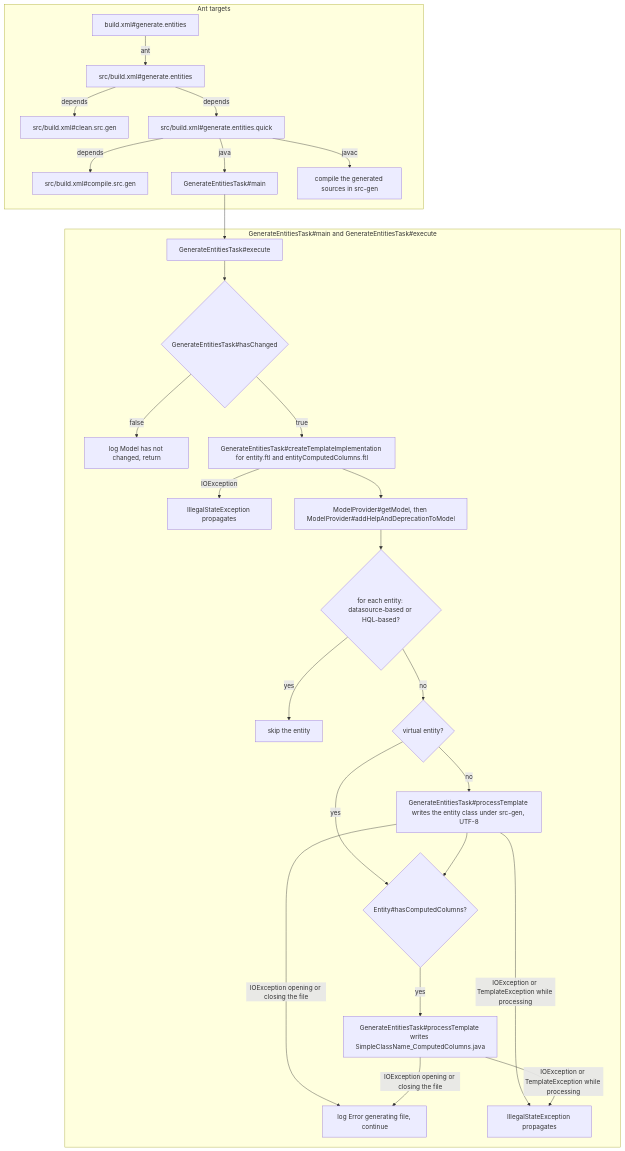
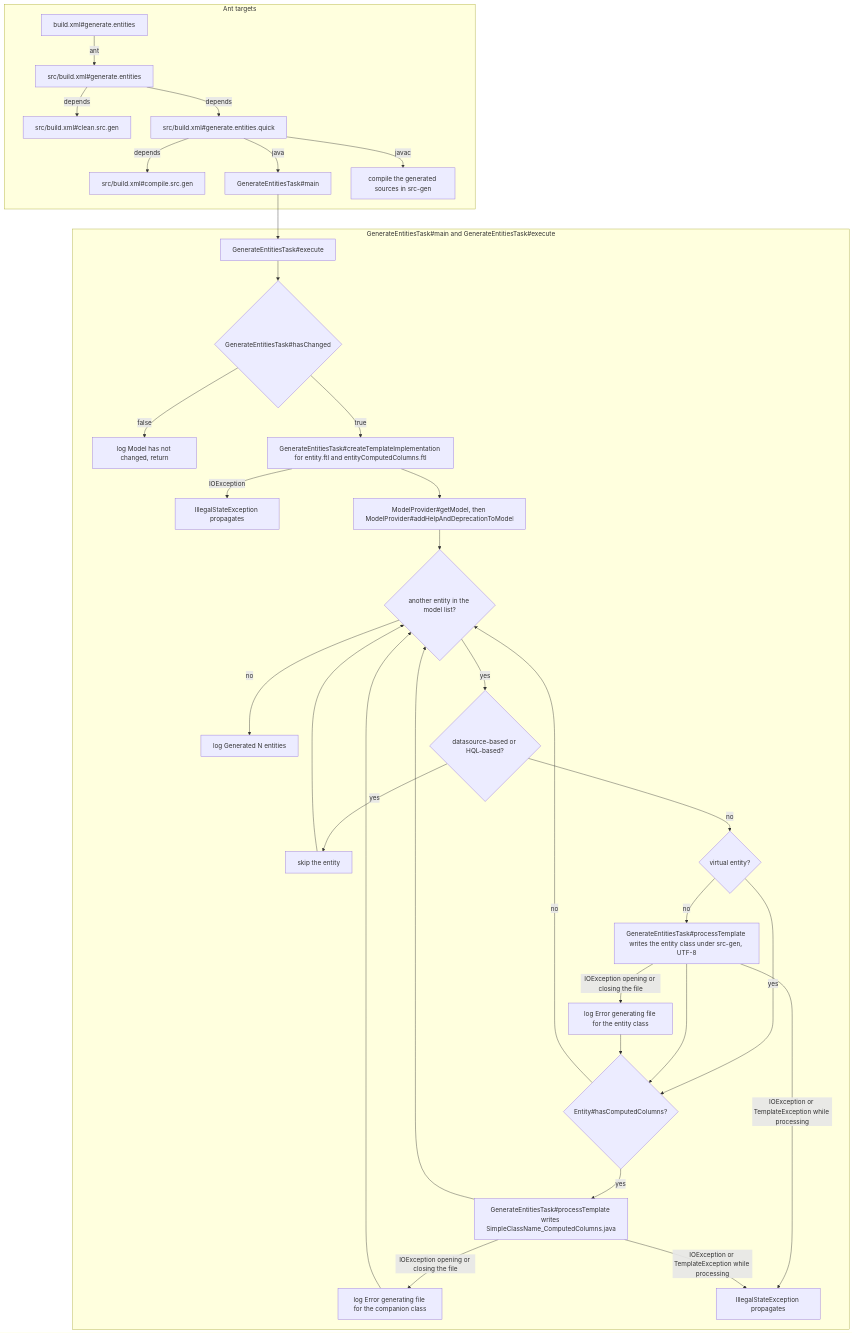
The third of 4 diagrams in docs/orm/01-architecture.md (blitzy-public-samples/openbravo-erp), drawn with Mermaid before and after one commit. The commit also changed other lines of this file and 3 other files, not shown here.

````diff
--- a/docs/orm/01-architecture.md
+++ b/docs/orm/01-architecture.md
@@ -196,30 +200,37 @@
 ```mermaid
 flowchart TD
   subgraph build["Ant targets"]
     RGE["build.xml#generate.entities"] -->|ant| SGE["src/build.xml#generate.entities"]
     SGE -->|depends| CSG["src/build.xml#clean.src.gen"]
     SGE -->|depends| GEQ["src/build.xml#generate.entities.quick"]
     GEQ -->|depends| CSRC["src/build.xml#compile.src.gen"]
     GEQ -->|java| MAIN["GenerateEntitiesTask#main"]
     GEQ -->|javac| JAVAC["compile the generated sources in src-gen"]
   end
   subgraph task["GenerateEntitiesTask#main and GenerateEntitiesTask#execute"]
     MAIN --> EXEC["GenerateEntitiesTask#execute"]
     EXEC --> HC{"GenerateEntitiesTask#hasChanged"}
     HC -->|false| STOP["log Model has not changed, return"]
     HC -->|true| TPL["GenerateEntitiesTask#createTemplateImplementation for entity.ftl and entityComputedColumns.ftl"]
     TPL -->|IOException| ISE1["IllegalStateException propagates"]
     TPL --> MODEL["ModelProvider#getModel, then ModelProvider#addHelpAndDeprecationToModel"]
-    MODEL --> EACH{"for each entity: datasource-based or HQL-based?"}
+    MODEL --> NEXT{"another entity in the model list?"}
+    NEXT -->|no| DONE["log Generated N entities"]
+    NEXT -->|yes| EACH{"datasource-based or HQL-based?"}
     EACH -->|yes| SKIP["skip the entity"]
+    SKIP --> NEXT
     EACH -->|no| VIRT{"virtual entity?"}
     VIRT -->|no| WRITE["GenerateEntitiesTask#processTemplate writes the entity class under src-gen, UTF-8"]
     VIRT -->|yes| CC{"Entity#hasComputedColumns?"}
     WRITE --> CC
+    WRITE -->|IOException opening or closing the file| LOGM["log Error generating file for the entity class"]
+    LOGM --> CC
+    CC -->|no| NEXT
     CC -->|yes| WCC["GenerateEntitiesTask#processTemplate writes SimpleClassName_ComputedColumns.java"]
-    WRITE -->|IOException opening or closing the file| LOG["log Error generating file, continue"]
-    WCC -->|IOException opening or closing the file| LOG
+    WCC --> NEXT
+    WCC -->|IOException opening or closing the file| LOGC["log Error generating file for the companion class"]
+    LOGC --> NEXT
     WRITE -->|IOException or TemplateException while processing| ISE2["IllegalStateException propagates"]
     WCC -->|IOException or TemplateException while processing| ISE2
   end
 ```
````
